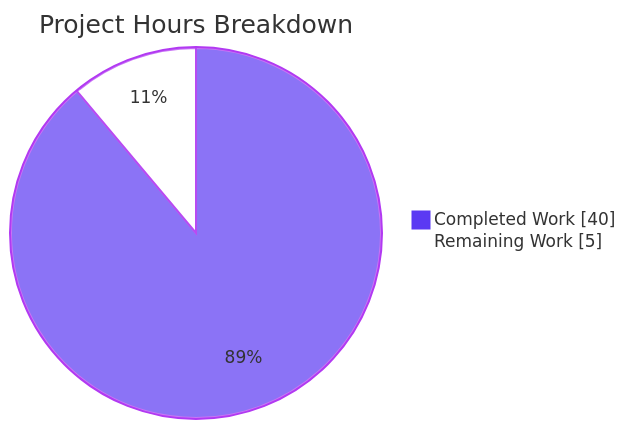
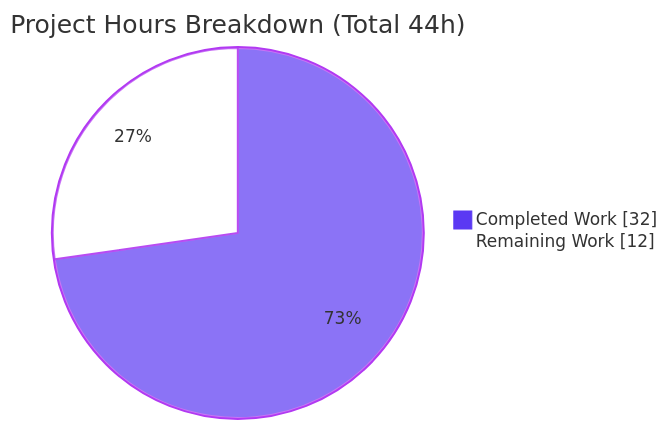
The second of 3 diagrams in blitzy/documentation/Project Guide.md (blitzy-public-samples/blitzy-dnsmasq), drawn with Mermaid before and after one commit. The commit also changed other lines of this file, not shown here.

Commit message:
Adding Blitzy Project Guide: Project Status and Human Tasks Remaining

````diff
--- a/blitzy/documentation/Project Guide.md
+++ b/blitzy/documentation/Project Guide.md
@@ -208,6 +192,6 @@
 ```mermaid
-%%{init: {'theme':'base','themeVariables':{'pie1':'#5B39F3','pie2':'#FFFFFF','pieStrokeColor':'#B23AF2','pieOuterStrokeColor':'#B23AF2','pieSectionTextColor':'#333333'}}}%%
-pie showData title Project Hours Breakdown
-    "Completed Work" : 40
-    "Remaining Work" : 5
+%%{init: {"theme":"base","themeVariables":{"pie1":"#5B39F3","pie2":"#FFFFFF","pieStrokeColor":"#B23AF2","pieOuterStrokeColor":"#B23AF2","pieStrokeWidth":"2px","pieSectionTextColor":"#333333"}}}%%
+pie showData title Project Hours Breakdown (Total 44h)
+    "Completed Work" : 32
+    "Remaining Work" : 12
 ```
````
